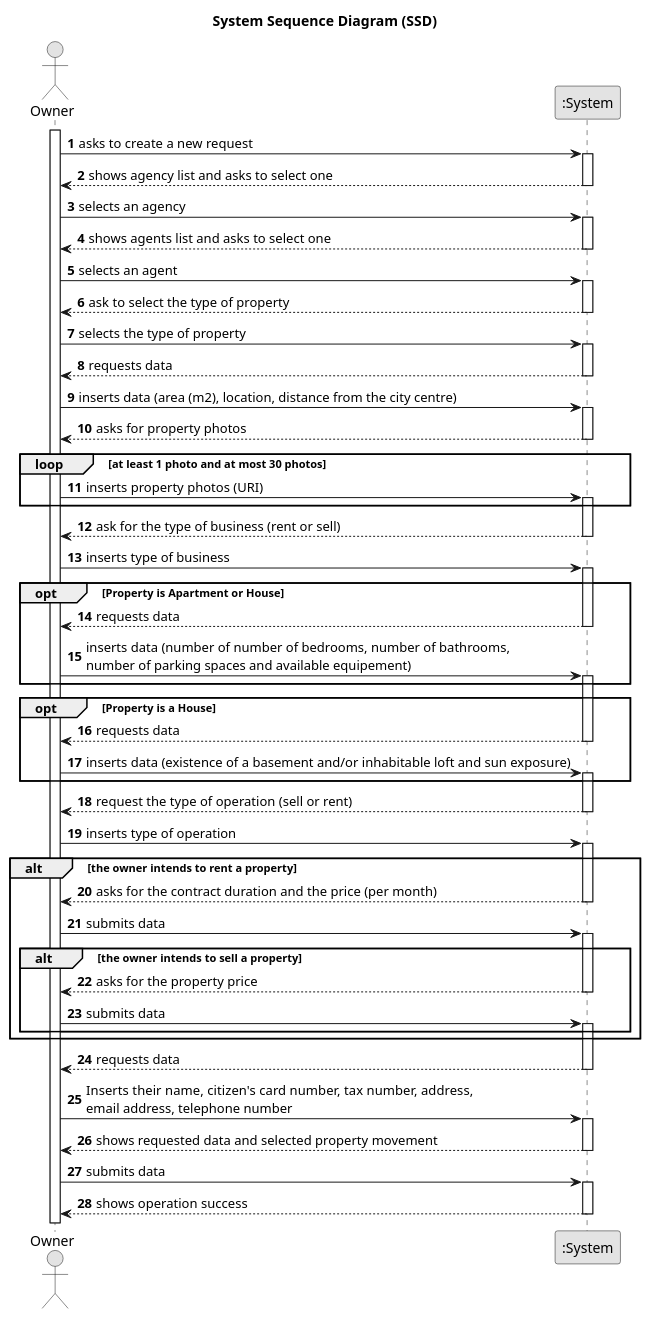
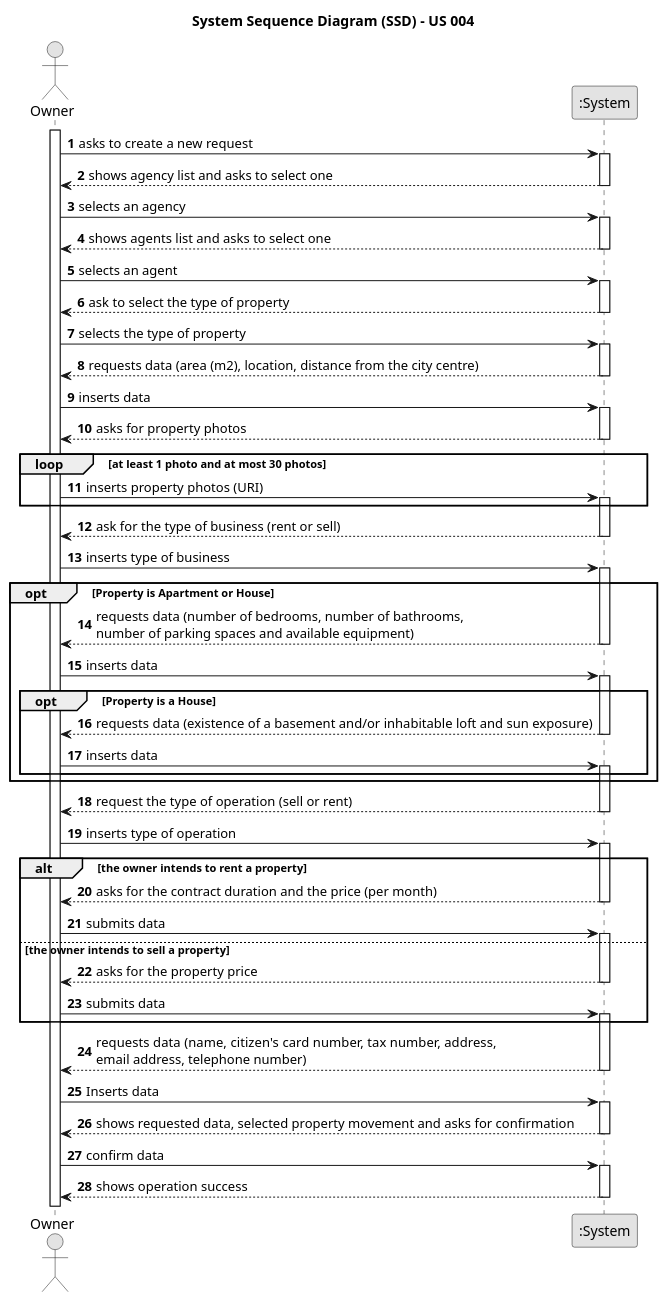
The diagram in docs/sprintB/us004/01.requirements-engineering/puml/us004-system-sequence-diagram.puml (1220812/LAPR2), drawn with PlantUML before and after one commit. The commit also changed 5 other files, not shown here.

```diff
--- a/docs/sprintB/us004/01.requirements-engineering/puml/us004-system-sequence-diagram.puml
+++ b/docs/sprintB/us004/01.requirements-engineering/puml/us004-system-sequence-diagram.puml
@@ -1,125 +1,124 @@
 @startuml
 skinparam monochrome true
 skinparam packageStyle rectangle
 skinparam shadowing false
 
-title System Sequence Diagram (SSD)
+title System Sequence Diagram (SSD) - US 004
 
 autonumber
 
 actor "Owner" as Owner
 participant ":System" as System
 
 activate Owner
 
     Owner -> System : asks to create a new request
     activate System
 
         System --> Owner : shows agency list and asks to select one
     deactivate System
 
     Owner -> System : selects an agency
     activate System
 
         System --> Owner : shows agents list and asks to select one
     deactivate System
 
     Owner -> System : selects an agent
     activate System
 
 
         System --> Owner : ask to select the type of property
     deactivate System
 
     Owner -> System : selects the type of property
 
         activate System
 
-        System --> Owner : requests data
+        System --> Owner : requests data (area (m2), location, distance from the city centre)
 
     deactivate System
 
-    Owner -> System : inserts data (area (m2), location, distance from the city centre)
+    Owner -> System : inserts data
 
     activate System
 
     System --> Owner : asks for property photos
     deactivate System
 
     loop at least 1 photo and at most 30 photos
 
     Owner -> System : inserts property photos (URI)
     activate System
 
     end
 
     System --> Owner : ask for the type of business (rent or sell)
     deactivate System
 
 
     Owner -> System : inserts type of business
    activate System
 
     opt Property is Apartment or House
 
-        System --> Owner : requests data
+        System --> Owner : requests data (number of bedrooms, number of bathrooms, \nnumber of parking spaces and available equipment)
 
     deactivate System
 
-    Owner -> System : inserts data (number of number of bedrooms, number of bathrooms, \nnumber of parking spaces and available equipement)
+    Owner -> System : inserts data
+    activate System
+
+    opt Property is a House
+
+         System --> Owner : requests data (existence of a basement and/or inhabitable loft and sun exposure)
+    deactivate System
+
+    Owner -> System : inserts data
     activate System
 
     end
-    opt Property is a House
-
-         System --> Owner : requests data
-    deactivate System
-
-    Owner -> System : inserts data (existence of a basement and/or inhabitable loft and sun exposure)
-    activate System
 
     end
 
     System --> Owner : request the type of operation (sell or rent)
     deactivate System
-
 
     Owner -> System : inserts type of operation
 
     alt the owner intends to rent a property
     activate System
 
     System --> Owner : asks for the contract duration and the price (per month)
     deactivate System
 
     Owner -> System : submits data
     activate System
 
-    alt the owner intends to sell a property
+    else the owner intends to sell a property
     System --> Owner : asks for the property price
 
     deactivate System
 
     Owner -> System : submits data
     activate System
-    end
 
     end
 
-          System --> Owner : requests data
+          System --> Owner : requests data (name, citizen's card number, tax number, address, \nemail address, telephone number)
     deactivate System
 
-    Owner -> System : Inserts their name, citizen's card number, tax number, address, \nemail address, telephone number
+    Owner -> System : Inserts data
     activate System
 
-           System --> Owner : shows requested data and selected property movement
+           System --> Owner : shows requested data, selected property movement and asks for confirmation
 
     deactivate System
 
-    Owner -> System : submits data
+    Owner -> System : confirm data
     activate System
 
             System --> Owner : shows operation success
     deactivate System
 
 @enduml
```
